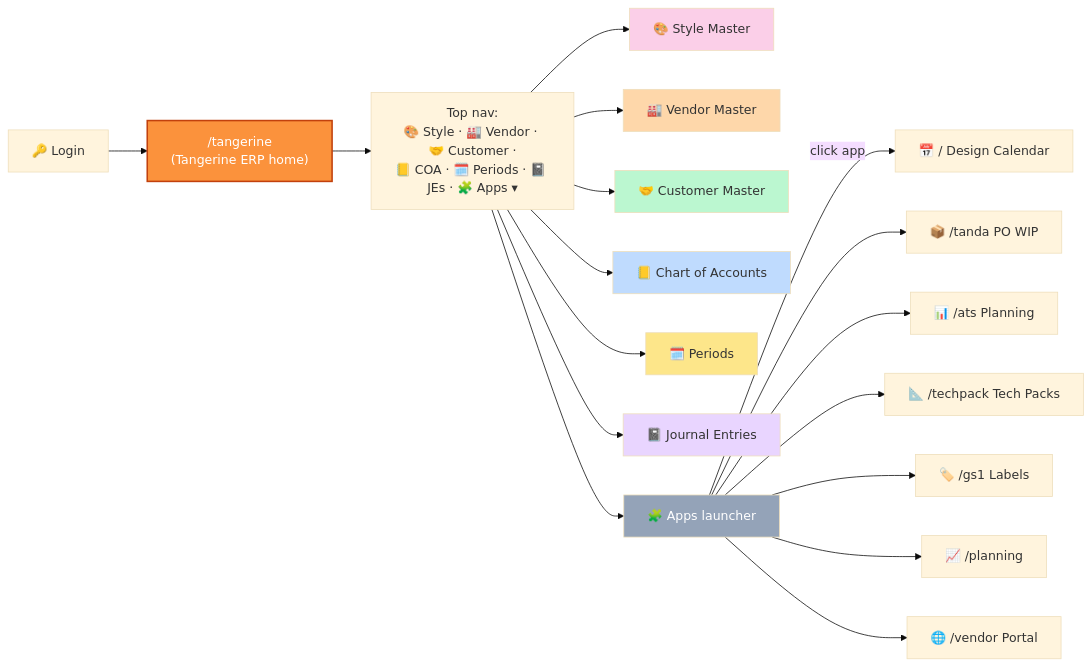
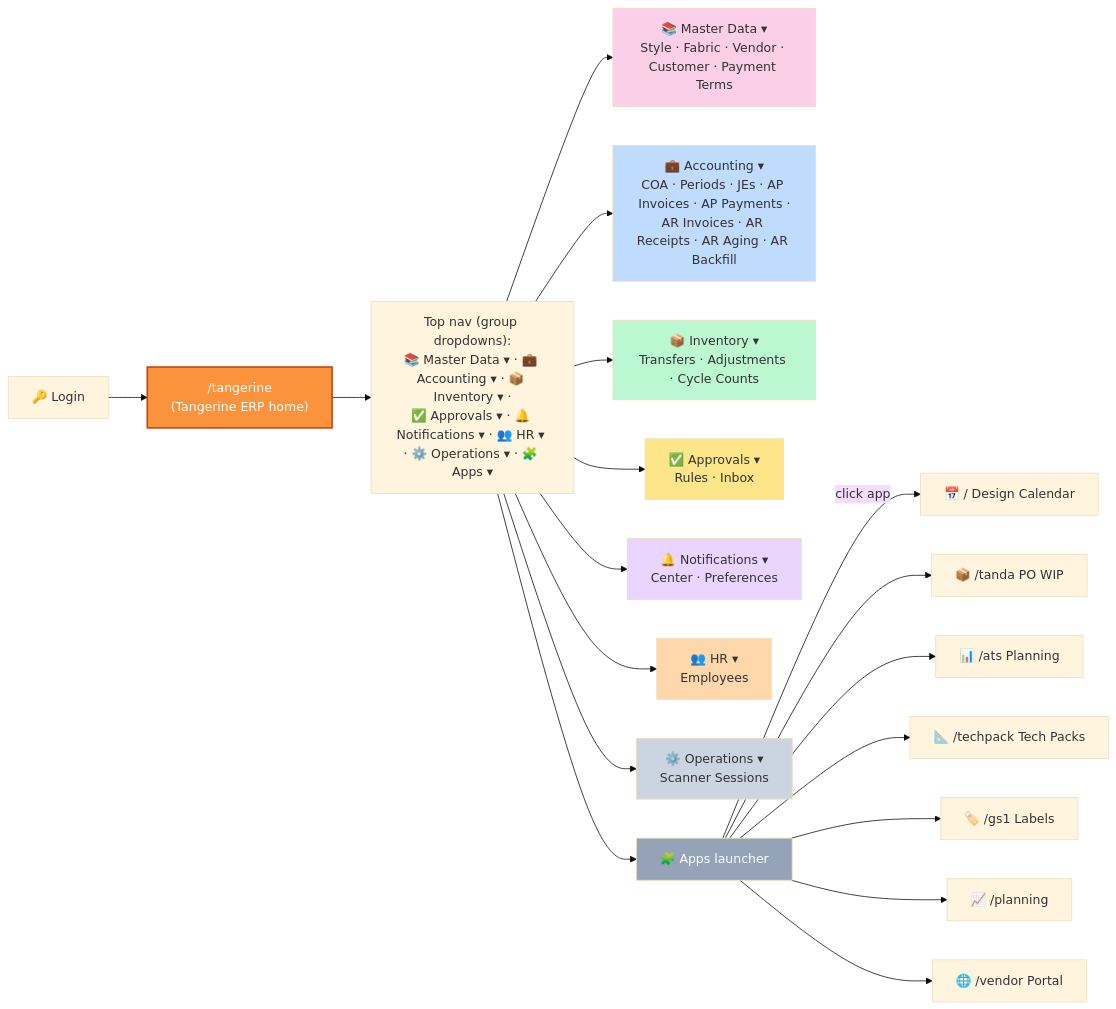
The second of 2 diagrams in docs/tangerine/user-guide/01-getting-started.md (Eran-Rof/design-calendar-app), drawn with Mermaid (base theme) before and after one commit. The commit also changed other lines of this file and 3 other files, not shown here.

First line of the commit message:
Tangerine top nav: collapse flat row into 7 group dropdowns

````diff
--- a/docs/tangerine/user-guide/01-getting-started.md
+++ b/docs/tangerine/user-guide/01-getting-started.md
@@ -71,30 +73,32 @@
 ```mermaid
 flowchart LR
     Login["🔑 Login"] --> Tangerine["/tangerine<br/>(Tangerine ERP home)"]
-    Tangerine --> TopNav["Top nav:<br/>🎨 Style · 🏭 Vendor · 🤝 Customer ·<br/>📒 COA · 🗓️ Periods · 📓 JEs · 🧩 Apps ▾"]
+    Tangerine --> TopNav["Top nav (group dropdowns):<br/>📚 Master Data ▾ · 💼 Accounting ▾ · 📦 Inventory ▾ ·<br/>✅ Approvals ▾ · 🔔 Notifications ▾ · 👥 HR ▾ · ⚙️ Operations ▾ · 🧩 Apps ▾"]
 
-    TopNav --> Style["🎨 Style Master"]
-    TopNav --> Vendor["🏭 Vendor Master"]
-    TopNav --> Customer["🤝 Customer Master"]
-    TopNav --> COA["📒 Chart of Accounts"]
-    TopNav --> Periods["🗓️ Periods"]
-    TopNav --> JE["📓 Journal Entries"]
+    TopNav --> MD["📚 Master Data ▾<br/>Style · Fabric · Vendor · Customer · Payment Terms"]
+    TopNav --> Acct["💼 Accounting ▾<br/>COA · Periods · JEs · AP Invoices · AP Payments ·<br/>AR Invoices · AR Receipts · AR Aging · AR Backfill"]
+    TopNav --> Inv["📦 Inventory ▾<br/>Transfers · Adjustments · Cycle Counts"]
+    TopNav --> Appr["✅ Approvals ▾<br/>Rules · Inbox"]
+    TopNav --> Notif["🔔 Notifications ▾<br/>Center · Preferences"]
+    TopNav --> HR["👥 HR ▾<br/>Employees"]
+    TopNav --> Ops["⚙️ Operations ▾<br/>Scanner Sessions"]
     TopNav --> Apps["🧩 Apps launcher"]
 
     Apps -->|click app| DC["📅 / Design Calendar"]
     Apps --> POWIP["📦 /tanda PO WIP"]
     Apps --> ATS["📊 /ats Planning"]
     Apps --> TP["📐 /techpack Tech Packs"]
     Apps --> GS1["🏷️ /gs1 Labels"]
     Apps --> Plan["📈 /planning"]
     Apps --> VP["🌐 /vendor Portal"]
 
     style Tangerine fill:#fb923c,stroke:#c2410c,stroke-width:2px,color:#fff
-    style Style fill:#fbcfe8
-    style Vendor fill:#fed7aa
-    style Customer fill:#bbf7d0
-    style COA fill:#bfdbfe
-    style Periods fill:#fde68a
-    style JE fill:#e9d5ff
+    style MD fill:#fbcfe8
+    style Acct fill:#bfdbfe
+    style Inv fill:#bbf7d0
+    style Appr fill:#fde68a
+    style Notif fill:#e9d5ff
+    style HR fill:#fed7aa
+    style Ops fill:#cbd5e1
     style Apps fill:#94a3b8,color:#fff
 ```
````
